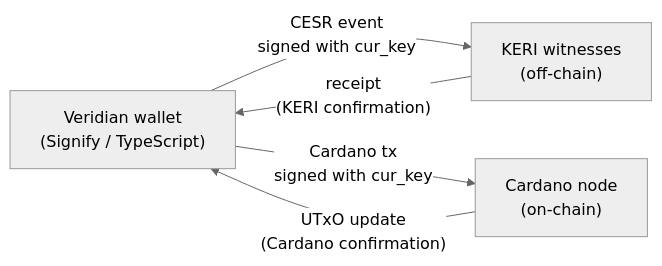
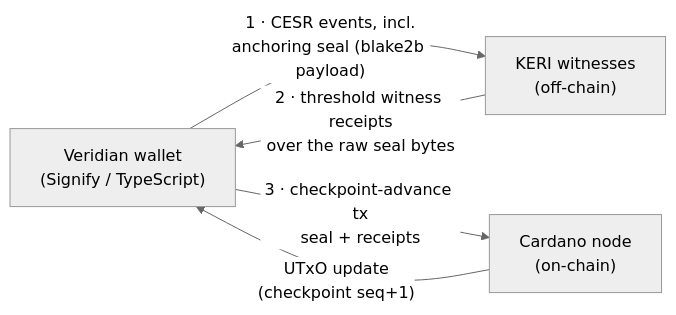
The diagram in docs/architecture/veridian-bridge.md (lambdasistemi/cardano-keri), drawn with Mermaid (neutral theme) before and after one commit. The commit also changed other lines of this file and 9 other files, not shown here.

````diff
--- a/docs/architecture/veridian-bridge.md
+++ b/docs/architecture/veridian-bridge.md
@@ -19,12 +34,11 @@
 ```mermaid
 flowchart LR
     V["Veridian wallet<br/>(Signify / TypeScript)"]
     K["KERI witnesses<br/>(off-chain)"]
     C["Cardano node<br/>(on-chain)"]
 
-    V -->|"CESR event<br/>signed with cur_key"| K
-    V -->|"Cardano tx<br/>signed with cur_key"| C
-
-    K -->|"receipt<br/>(KERI confirmation)"| V
-    C -->|"UTxO update<br/>(Cardano confirmation)"| V
+    V -->|"1 · CESR events, incl.<br/>anchoring seal (blake2b payload)"| K
+    K -->|"2 · threshold witness receipts<br/>over the raw seal bytes"| V
+    V -->|"3 · checkpoint-advance tx<br/>seal + receipts"| C
+    C -->|"UTxO update<br/>(checkpoint seq+1)"| V
 ```
````
